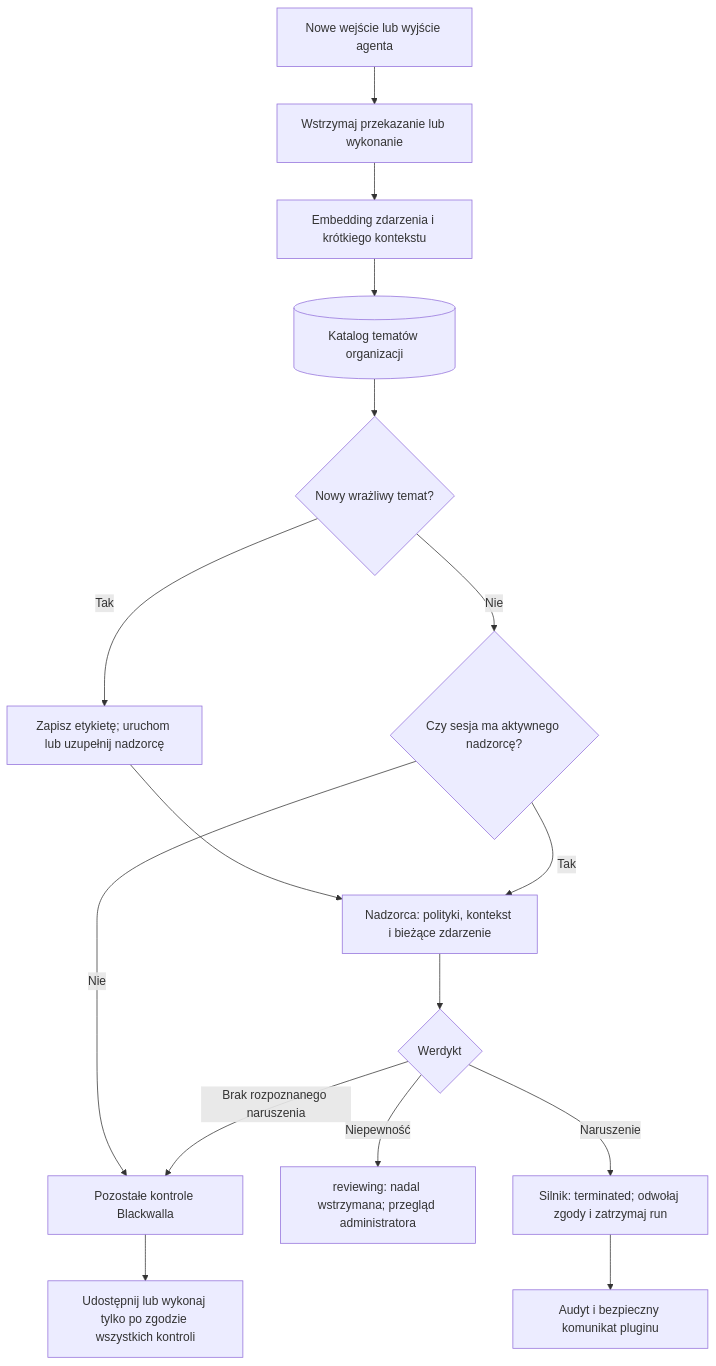
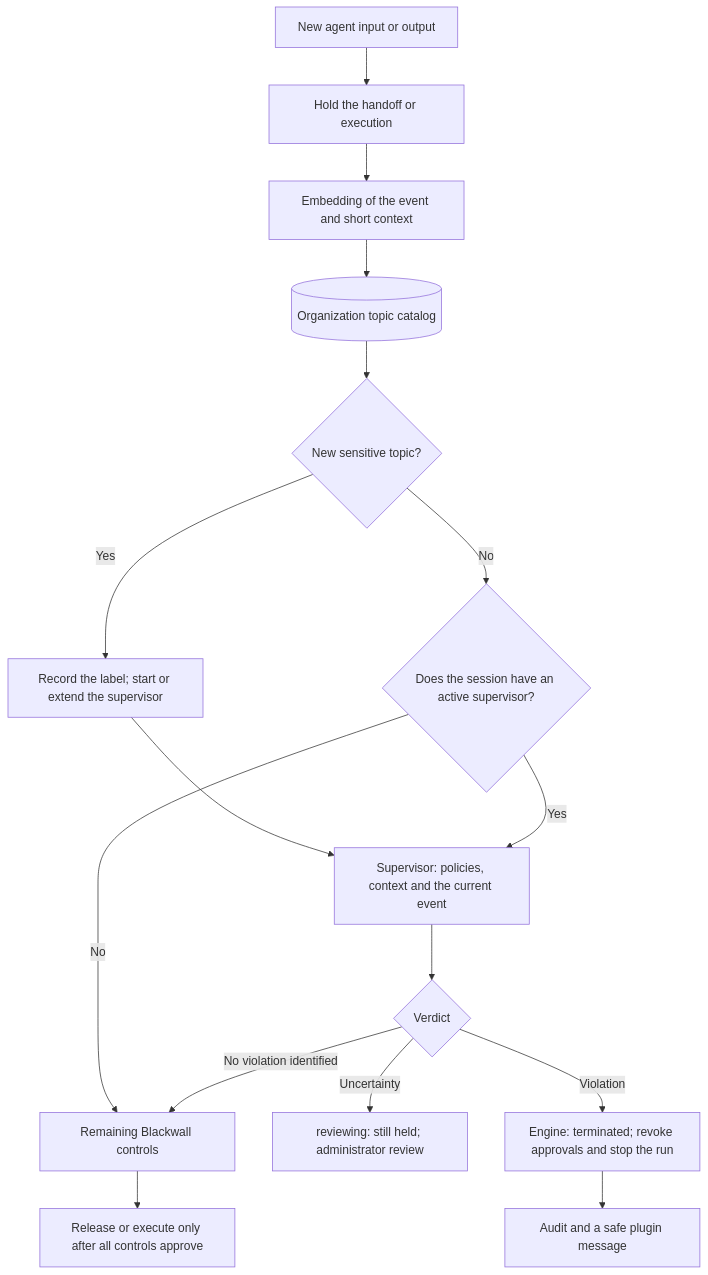
Before and after one commit to VashingMachine/hackyeah2026: the second of 5 diagrams in website/dist/docs/blackwall-koncepcja-i-plan-dema.md, drawn with Mermaid. The commit also changed other lines of this file and 11 other files, not shown here.

````diff
--- a/website/dist/docs/blackwall-koncepcja-i-plan-dema.md
+++ b/website/dist/docs/blackwall-koncepcja-i-plan-dema.md
@@ -351,18 +351,18 @@
 ```mermaid
 flowchart TD
-    E[Nowe wejście lub wyjście agenta] --> H[Wstrzymaj przekazanie lub wykonanie]
-    H --> D[Embedding zdarzenia i krótkiego kontekstu]
-    D --> R[(Katalog tematów organizacji)]
-    R --> M{Nowy wrażliwy temat?}
-    M -->|Tak| T[Zapisz etykietę; uruchom lub uzupełnij nadzorcę]
-    M -->|Nie| A{Czy sesja ma aktywnego nadzorcę?}
-    T --> G[Nadzorca: polityki, kontekst i bieżące zdarzenie]
-    A -->|Tak| G
-    A -->|Nie| P[Pozostałe kontrole Blackwalla]
-    G --> V{Werdykt}
-    V -->|Brak rozpoznanego naruszenia| P
-    V -->|Niepewność| W[reviewing: nadal wstrzymana; przegląd administratora]
-    V -->|Naruszenie| X[Silnik: terminated; odwołaj zgody i zatrzymaj run]
-    P --> O[Udostępnij lub wykonaj tylko po zgodzie wszystkich kontroli]
-    X --> L[Audyt i bezpieczny komunikat pluginu]
+    E[New agent input or output] --> H[Hold the handoff or execution]
+    H --> D[Embedding of the event and short context]
+    D --> R[(Organization topic catalog)]
+    R --> M{New sensitive topic?}
+    M -->|Yes| T[Record the label; start or extend the supervisor]
+    M -->|No| A{Does the session have an active supervisor?}
+    T --> G[Supervisor: policies, context and the current event]
+    A -->|Yes| G
+    A -->|No| P[Remaining Blackwall controls]
+    G --> V{Verdict}
+    V -->|No violation identified| P
+    V -->|Uncertainty| W[reviewing: still held; administrator review]
+    V -->|Violation| X[Engine: terminated; revoke approvals and stop the run]
+    P --> O[Release or execute only after all controls approve]
+    X --> L[Audit and a safe plugin message]
 ```
````
